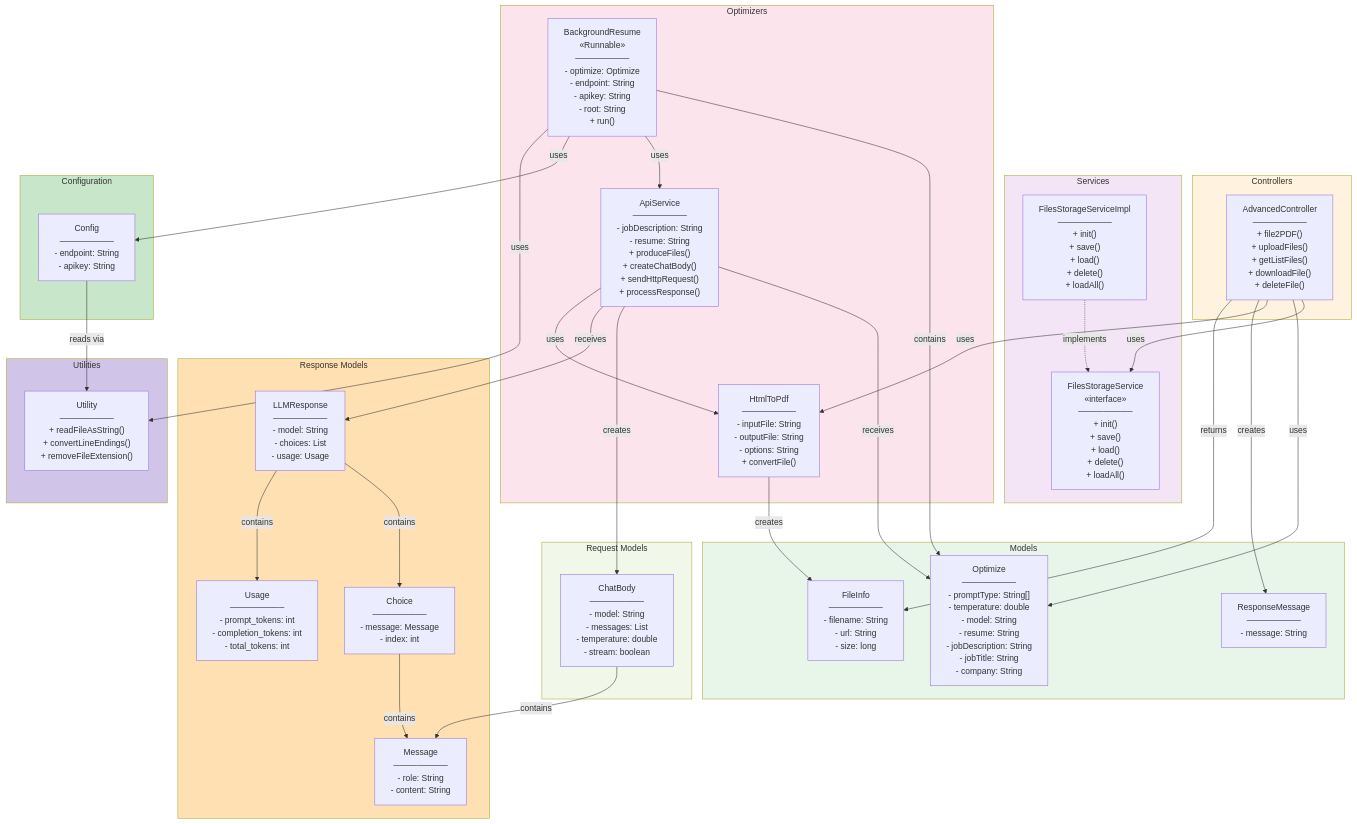
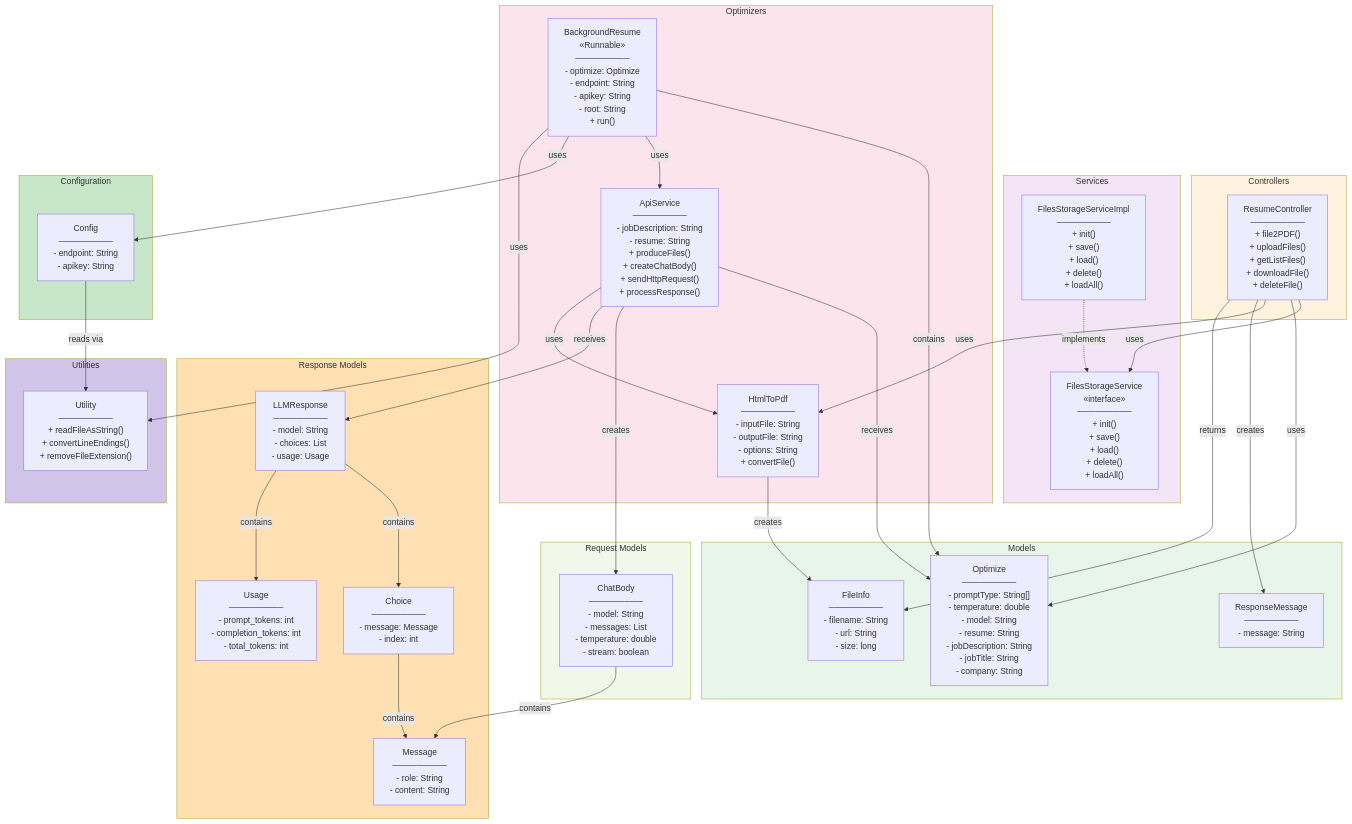
One commit to pbaletkeman/java-resumes changed the fourth of 11 diagrams in docs/Architecture.md. Above: the diagram before and after it, drawn with Mermaid. The commit also changed other lines of this file and 26 other files, not shown here.

````diff
--- a/docs/Architecture.md
+++ b/docs/Architecture.md
@@ -250,78 +250,78 @@
 ```mermaid
 graph TB
     subgraph Controllers["Controllers"]
-        AC["AdvancedController<br/>─────────<br/>+ file2PDF()<br/>+ uploadFiles()<br/>+ getListFiles()<br/>+ downloadFile()<br/>+ deleteFile()"]
+        AC["ResumeController<br/>─────────<br/>+ file2PDF()<br/>+ uploadFiles()<br/>+ getListFiles()<br/>+ downloadFile()<br/>+ deleteFile()"]
     end
 
     subgraph Services["Services"]
         FSS["FilesStorageService<br/>«interface»<br/>─────────<br/>+ init()<br/>+ save()<br/>+ load()<br/>+ delete()<br/>+ loadAll()"]
         FSSI["FilesStorageServiceImpl<br/>─────────<br/>+ init()<br/>+ save()<br/>+ load()<br/>+ delete()<br/>+ loadAll()"]
     end
 
     subgraph Models["Models"]
         Opt["Optimize<br/>─────────<br/>- promptType: String[]<br/>- temperature: double<br/>- model: String<br/>- resume: String<br/>- jobDescription: String<br/>- jobTitle: String<br/>- company: String"]
         FI["FileInfo<br/>─────────<br/>- filename: String<br/>- url: String<br/>- size: long"]
         RM["ResponseMessage<br/>─────────<br/>- message: String"]
     end
 
     subgraph Optimizers["Optimizers"]
         BR["BackgroundResume<br/>«Runnable»<br/>─────────<br/>- optimize: Optimize<br/>- endpoint: String<br/>- apikey: String<br/>- root: String<br/>+ run()"]
         AS["ApiService<br/>─────────<br/>- jobDescription: String<br/>- resume: String<br/>+ produceFiles()<br/>+ createChatBody()<br/>+ sendHttpRequest()<br/>+ processResponse()"]
         HTP["HtmlToPdf<br/>─────────<br/>- inputFile: String<br/>- outputFile: String<br/>- options: String<br/>+ convertFile()"]
     end
 
     subgraph ResponseModels["Response Models"]
         LR["LLMResponse<br/>─────────<br/>- model: String<br/>- choices: List<Choice><br/>- usage: Usage"]
         Ch["Choice<br/>─────────<br/>- message: Message<br/>- index: int"]
         Msg["Message<br/>─────────<br/>- role: String<br/>- content: String"]
         Us["Usage<br/>─────────<br/>- prompt_tokens: int<br/>- completion_tokens: int<br/>- total_tokens: int"]
     end
 
     subgraph RequestModels["Request Models"]
         CB["ChatBody<br/>─────────<br/>- model: String<br/>- messages: List<Message><br/>- temperature: double<br/>- stream: boolean"]
     end
 
     subgraph Config["Configuration"]
         Cfg["Config<br/>─────────<br/>- endpoint: String<br/>- apikey: String"]
     end
 
     subgraph Utilities["Utilities"]
         Util["Utility<br/>─────────<br/>+ readFileAsString()<br/>+ convertLineEndings()<br/>+ removeFileExtension()"]
     end
 
     AC -->|uses| FSS
     AC -->|uses| Opt
     AC -->|uses| HTP
     AC -->|creates| RM
     AC -->|returns| FI
 
     FSSI -.->|implements| FSS
 
     BR -->|contains| Opt
     BR -->|uses| AS
     BR -->|uses| Cfg
     BR -->|uses| Util
 
     AS -->|receives| Opt
     AS -->|creates| CB
     AS -->|receives| LR
     AS -->|uses| HTP
 
     CB -->|contains| Msg
     LR -->|contains| Ch
     Ch -->|contains| Msg
     LR -->|contains| Us
 
     HTP -->|creates| FI
 
     Cfg -->|reads via| Util
 
     style Controllers fill:#fff3e0
     style Services fill:#f3e5f5
     style Models fill:#e8f5e9
     style Optimizers fill:#fce4ec
     style ResponseModels fill:#ffe0b2
     style RequestModels fill:#f1f8e9
     style Config fill:#c8e6c9
     style Utilities fill:#d1c4e9
 ```
````
